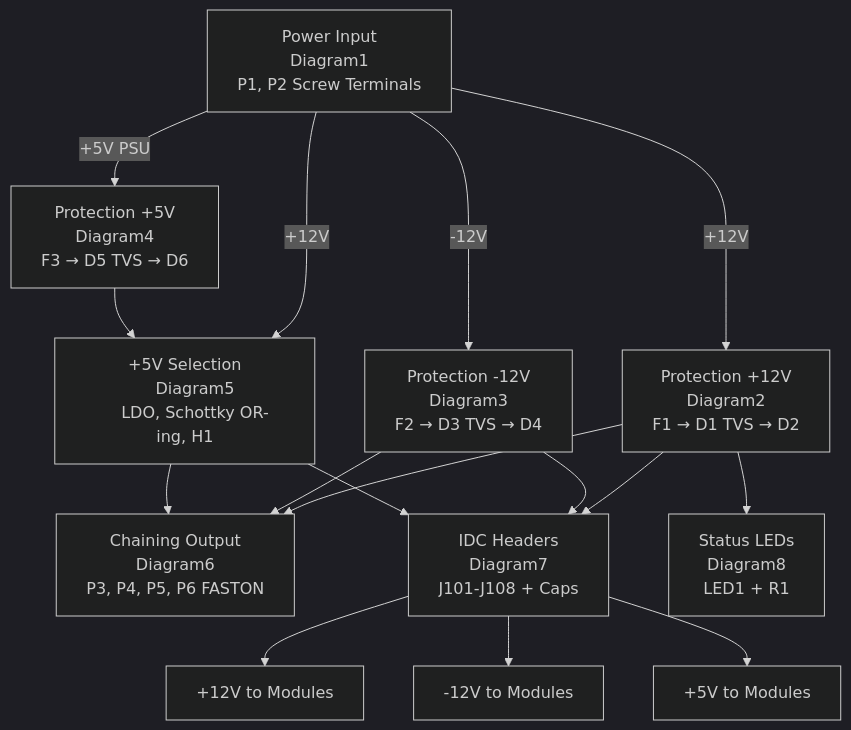
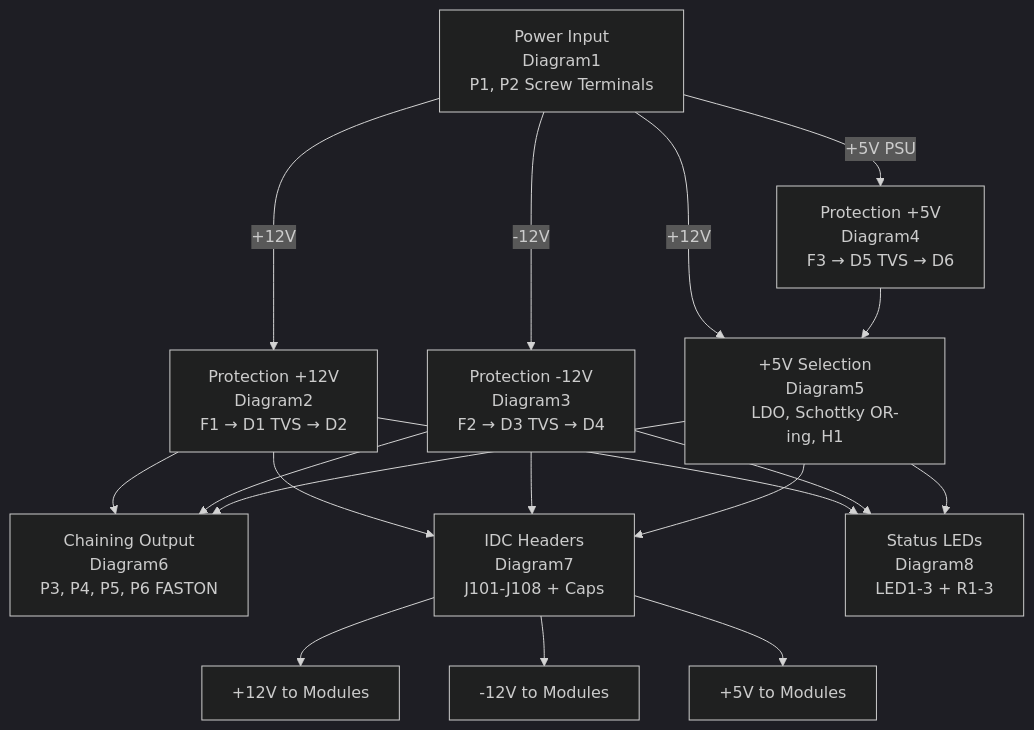
Before and after one commit to Takazudo/zudo-bus: the diagram in doc/docs/overview/circuit-diagrams.mdx, drawn with Mermaid (dark theme). The commit also changed other lines of this file and 1 other file, not shown here.

First line of the commit message:
Update Diagram8 (Status LEDs) and fix BOM diode numbering

````diff
--- a/doc/docs/overview/circuit-diagrams.mdx
+++ b/doc/docs/overview/circuit-diagrams.mdx
@@ -13,58 +13,60 @@
 ```mermaid
 flowchart TD
     IN["Power Input
     Diagram1
     P1, P2 Screw Terminals"]
 
     PROT12["Protection +12V
     Diagram2
     F1 → D1 TVS → D2"]
 
     PROTN12["Protection -12V
     Diagram3
     F2 → D3 TVS → D4"]
 
     PROT5["Protection +5V
     Diagram4
     F3 → D5 TVS → D6"]
 
     SEL5["+5V Selection
     Diagram5
     LDO, Schottky OR-ing, H1"]
 
     DIST["Chaining Output
     Diagram6
     P3, P4, P5, P6 FASTON"]
 
     IDC["IDC Headers
     Diagram7
     J101-J108 + Caps"]
 
     LED["Status LEDs
     Diagram8
-    LED1 + R1"]
+    LED1-3 + R1-3"]
 
     OUT1["+12V to Modules"]
     OUT2["-12V to Modules"]
     OUT3["+5V to Modules"]
 
     IN -->|"+12V"| PROT12
     IN -->|"-12V"| PROTN12
     IN -->|"+5V PSU"| PROT5
     IN -->|"+12V"| SEL5
 
     PROT12 --> IDC
     PROTN12 --> IDC
     PROT5 --> SEL5
     SEL5 --> IDC
 
     PROT12 --> DIST
     PROTN12 --> DIST
     SEL5 --> DIST
 
     IDC --> OUT1
     IDC --> OUT2
     IDC --> OUT3
 
     PROT12 --> LED
+    PROTN12 --> LED
+    SEL5 --> LED
 ```
````
